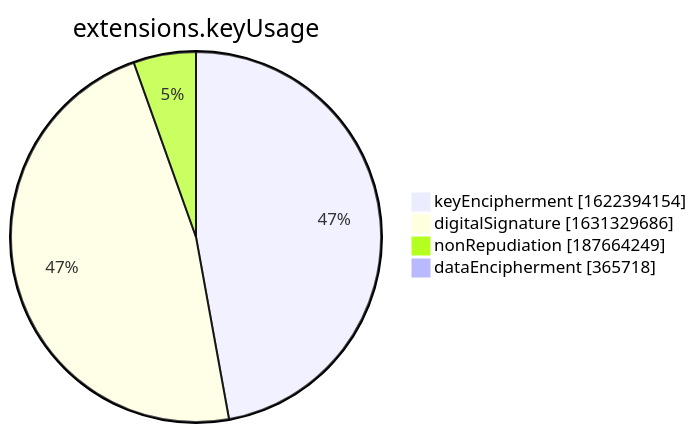
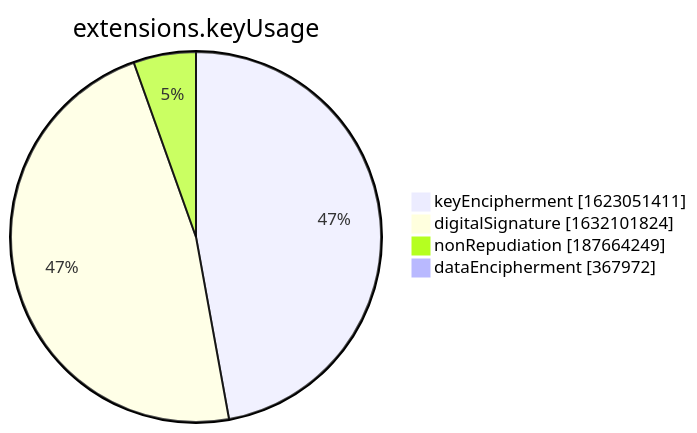
The seventh of 15 diagrams in xenon2022/README.md (christiankrug/ctmonitor_visualization), drawn with Mermaid before and after one commit. The commit also changed other lines of this file, not shown here.

````diff
--- a/xenon2022/README.md
+++ b/xenon2022/README.md
@@ -2855,8 +2855,8 @@
 ```mermaid
 pie showData
 title extensions.keyUsage
-"keyEncipherment" :1622394154
-"digitalSignature" :1631329686
+"keyEncipherment" :1623051411
+"digitalSignature" :1632101824
 "nonRepudiation" :187664249
-"dataEncipherment" :365718
+"dataEncipherment" :367972
 ```
````
